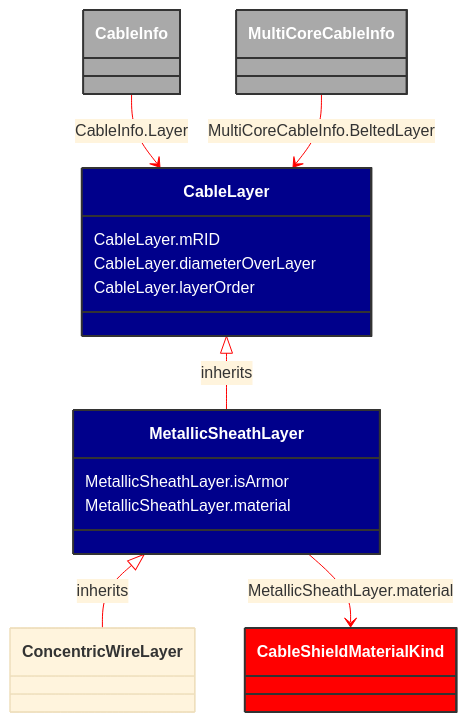
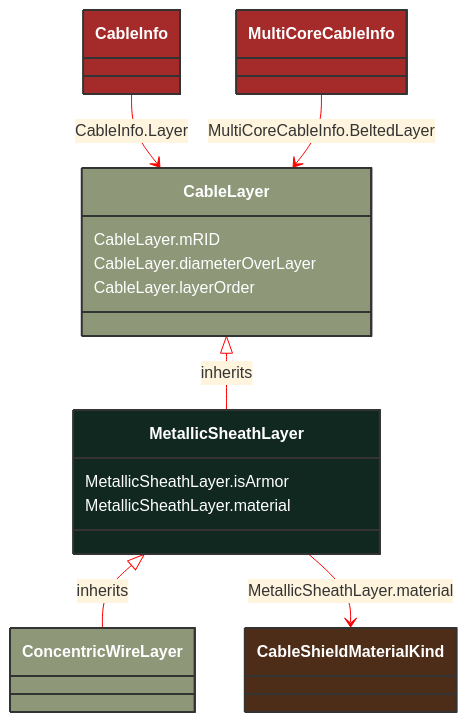
One commit to 3lbits/NoCIMExtensions changed the diagram in docs/Models/Profiles/SubseaCableInfo/ConcreteClasses/MetallicSheathLayer.md. Above: the diagram before and after it, drawn with Mermaid. The commit also changed 190 other files, not shown here.

````diff
--- a/docs/Models/Profiles/SubseaCableInfo/ConcreteClasses/MetallicSheathLayer.md
+++ b/docs/Models/Profiles/SubseaCableInfo/ConcreteClasses/MetallicSheathLayer.md
@@ -8,44 +8,42 @@
 ```mermaid
 %%{init: {'theme':'base','themeVariables': {'lineColor': '#FF0000'}}}%%
 classDiagram
     class MetallicSheathLayer
     click MetallicSheathLayer href "/Models/Profiles/SubseaCableInfo/ConcreteClasses/MetallicSheathLayer/"
-    style MetallicSheathLayer fill:#006400,stroke:#333,stroke-width:2px,rx:10,ry:10,color:white
+    style MetallicSheathLayer fill:#102820,stroke:#333,stroke-width:2px,rx:10,ry:10,color:white
 
         MetallicSheathLayer <|-- ConcentricWireLayer : inherits
-            click MetallicSheathLayer href "/Models/Profiles/SubseaCableInfo/ConcreteClasses/MetallicSheathLayer/"
-            style MetallicSheathLayer fill:#00008B,stroke:#333,stroke-width:2px,rx:10,ry:10,color:white
 
         ConcentricWireLayer
             click ConcentricWireLayer href "/Models/Profiles/SubseaCableInfo/ConcreteClasses/ConcentricWireLayer/"
-            style MetallicSheathLayer fill:#00008B,stroke:#333,stroke-width:2px,rx:10,ry:10,color:white
-
+            style ConcentricWireLayer fill:#8F9779,stroke:#333,stroke-width:2px,rx:10,ry:10,color:white
+     
         CableLayer <|-- MetallicSheathLayer : inherits
             click CableLayer href "/Models/Profiles/SubseaCableInfo/AbstractClasses/CableLayer/"
-            style CableLayer fill:#00008B,stroke:#333,stroke-width:2px,rx:10,ry:10,color:white
+            style CableLayer fill:#8F9779,stroke:#333,stroke-width:2px,rx:10,ry:10,color:white
 
 
         CableInfo --> CableLayer : CableInfo.Layer
 
         CableInfo
             click CableInfo href "/Models/Profiles/SubseaCableInfo/ConcreteClasses/CableInfo/"
-            style CableInfo fill:#A9A9A9,stroke:#333,stroke-width:2px,rx:10,ry:10,color:white
+            style CableInfo fill:#A52A2A,stroke:#333,stroke-width:2px,rx:10,ry:10,color:white
 
         MultiCoreCableInfo --> CableLayer : MultiCoreCableInfo.BeltedLayer
 
         MultiCoreCableInfo
             click MultiCoreCableInfo href "/Models/Profiles/SubseaCableInfo/ConcreteClasses/MultiCoreCableInfo/"
-            style MultiCoreCableInfo fill:#A9A9A9,stroke:#333,stroke-width:2px,rx:10,ry:10,color:white
+            style MultiCoreCableInfo fill:#A52A2A,stroke:#333,stroke-width:2px,rx:10,ry:10,color:white
 
         MetallicSheathLayer --> CableShieldMaterialKind : MetallicSheathLayer.material
 
         CableShieldMaterialKind
             click CableShieldMaterialKind href "/Models/Profiles/SubseaCableInfo/Enumerations/CableShieldMaterialKind/"
-            style CableShieldMaterialKind fill:#FF0000,stroke:#333,stroke-width:2px,rx:10,ry:10,color:white
+            style CableShieldMaterialKind fill:#4D2D18,stroke:#333,stroke-width:2px,rx:10,ry:10,color:white
 
         MetallicSheathLayer : MetallicSheathLayer.isArmor
         MetallicSheathLayer : MetallicSheathLayer.material
         CableLayer : CableLayer.mRID
         CableLayer : CableLayer.diameterOverLayer
         CableLayer : CableLayer.layerOrder
 ```
````
